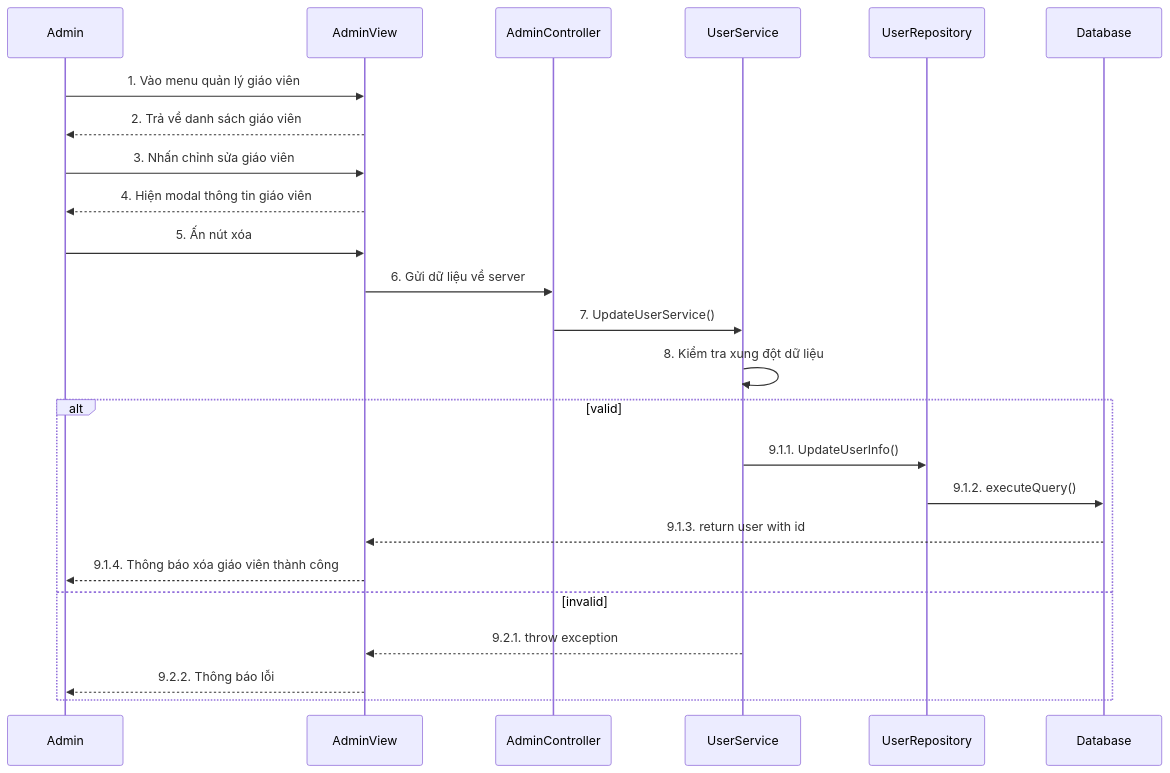
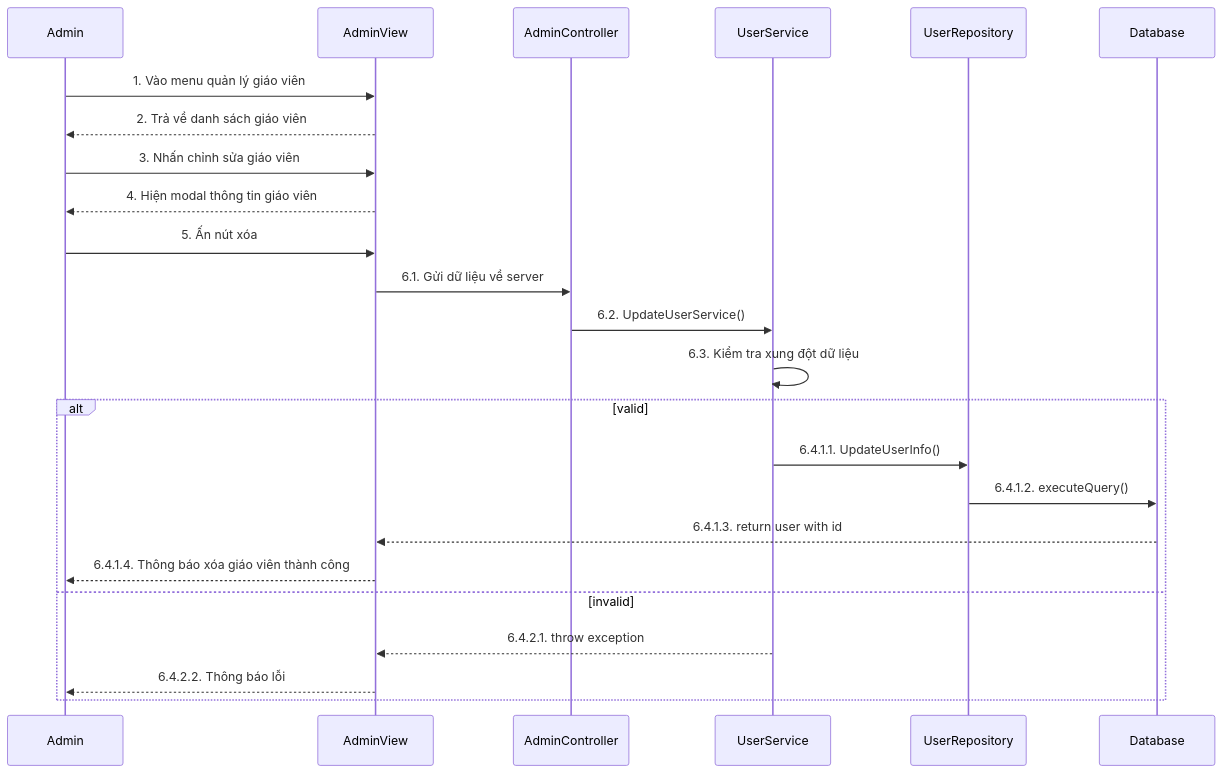
The diagram in sequence/admin/Sequence-2-4.XoaGiaoVien.mmd (LienNTB/sequence-CNPM), drawn with Mermaid before and after one commit. The commit also changed 7 other files, not shown here.

```diff
--- a/sequence/admin/Sequence-2-4.XoaGiaoVien.mmd
+++ b/sequence/admin/Sequence-2-4.XoaGiaoVien.mmd
@@ -1,29 +1,29 @@
 
 sequenceDiagram
     participant Admin
     participant AdminView
     participant AdminController
     participant UserService
     participant UserRepository
     participant Database
 
     Admin->>AdminView: 1. Vào menu quản lý giáo viên
     AdminView-->>Admin: 2. Trả về danh sách giáo viên
     Admin->>AdminView: 3. Nhấn chỉnh sửa giáo viên
     AdminView-->>Admin: 4. Hiện modal thông tin giáo viên
     Admin->>AdminView: 5. Ấn nút xóa
     
-    AdminView->>AdminController: 6. Gửi dữ liệu về server
-    AdminController->>UserService: 7. UpdateUserService()
-    UserService->>UserService: 8. Kiểm tra xung đột dữ liệu
+    AdminView->>AdminController: 6.1. Gửi dữ liệu về server
+    AdminController->>UserService: 6.2. UpdateUserService()
+    UserService->>UserService: 6.3. Kiểm tra xung đột dữ liệu
 
     alt valid
-        UserService->>UserRepository: 9.1.1. UpdateUserInfo()
-        UserRepository->>Database: 9.1.2. executeQuery()
+        UserService->>UserRepository: 6.4.1.1. UpdateUserInfo()
+        UserRepository->>Database: 6.4.1.2. executeQuery()
         
-        Database-->>AdminView: 9.1.3. return user with id
-        AdminView-->>Admin: 9.1.4. Thông báo xóa giáo viên thành công
+        Database-->>AdminView: 6.4.1.3. return user with id
+        AdminView-->>Admin: 6.4.1.4. Thông báo xóa giáo viên thành công
     else invalid
-        UserService-->>AdminView: 9.2.1. throw exception
-        AdminView-->>Admin: 9.2.2. Thông báo lỗi
+        UserService-->>AdminView: 6.4.2.1. throw exception
+        AdminView-->>Admin: 6.4.2.2. Thông báo lỗi
     end
```
